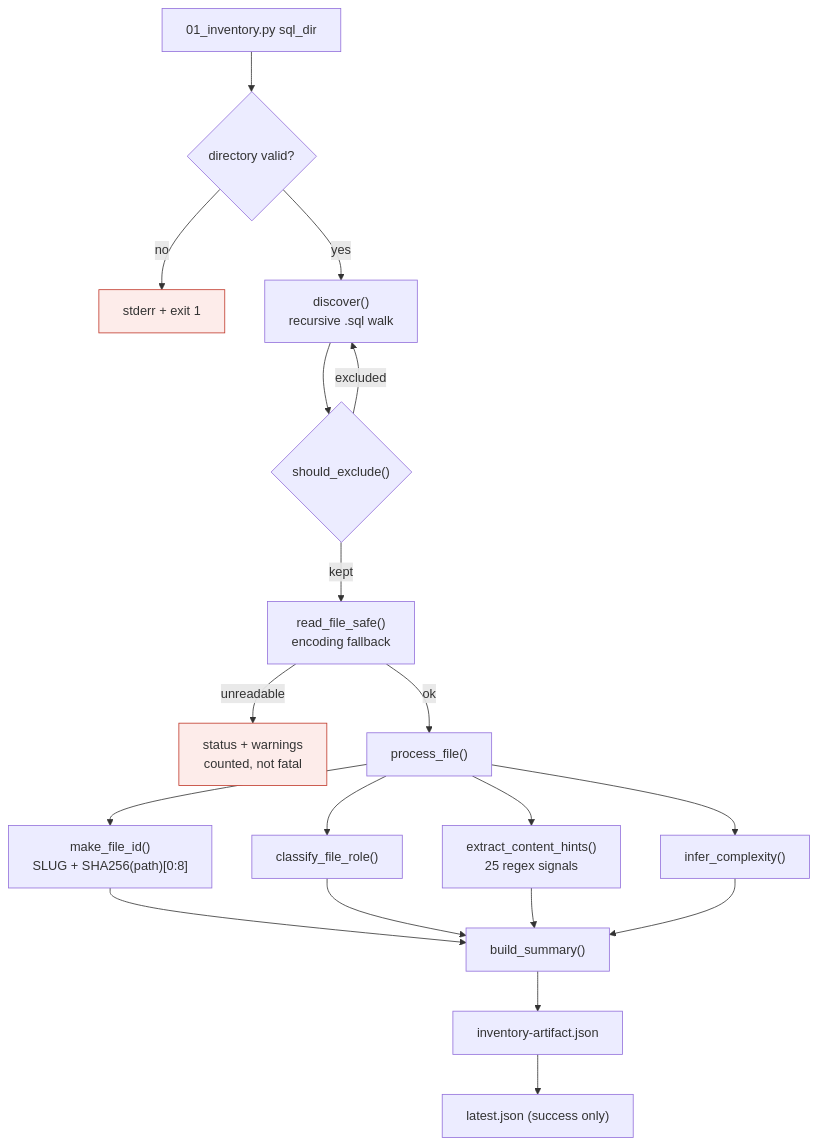
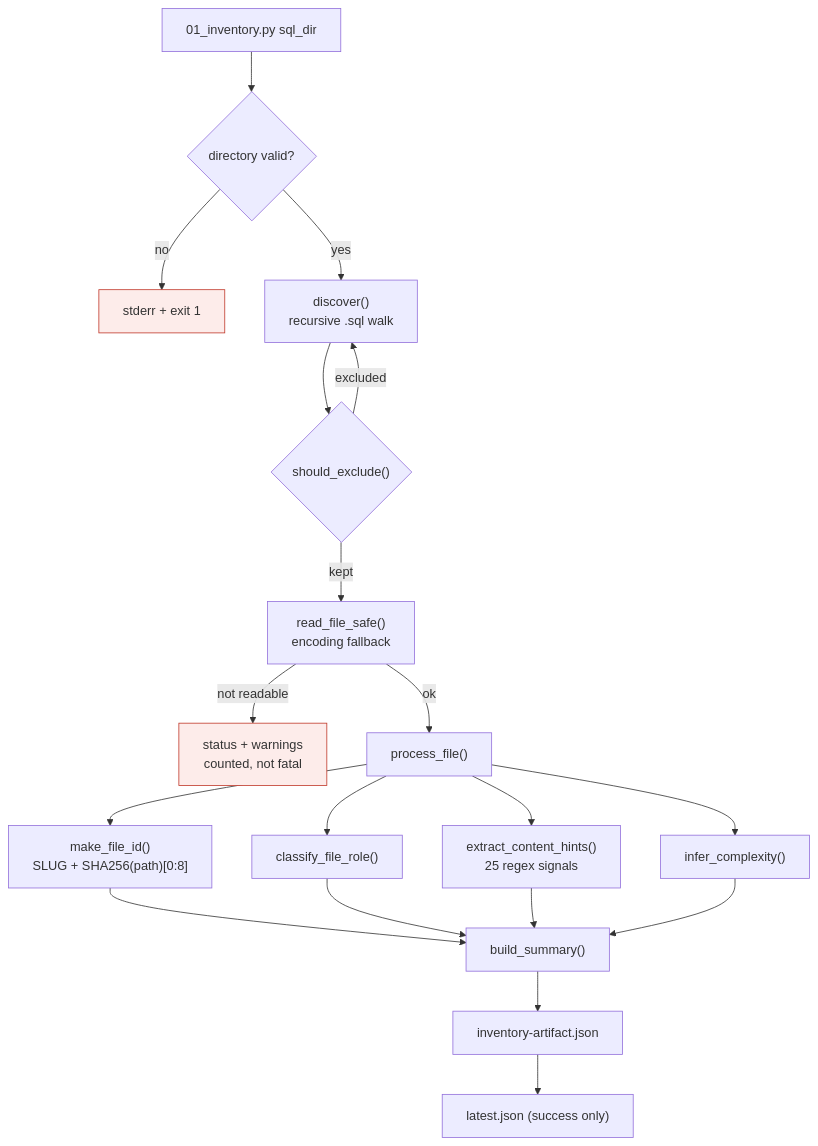
Before and after one commit to KrishnaAnnavaram/statute: the ninth of 17 diagrams in README.md, drawn with Mermaid. The commit also changed other lines of this file and 1 other file, not shown here.

````diff
--- a/README.md
+++ b/README.md
@@ -389,23 +546,23 @@
 ```mermaid
 flowchart TD
     CLI["01_inventory.py sql_dir"] --> VAL{"directory valid?"}
     VAL -->|no| ERR["stderr + exit 1"]
     VAL -->|yes| DISC["discover()<br/>recursive .sql walk"]
     DISC --> SKIP{"should_exclude()"}
     SKIP -->|excluded| DISC
     SKIP -->|kept| READ["read_file_safe()<br/>encoding fallback"]
-    READ -->|unreadable| WARN["status + warnings<br/>counted, not fatal"]
+    READ -->|not readable| WARN["status + warnings<br/>counted, not fatal"]
     READ -->|ok| PROC["process_file()"]
     PROC --> FID["make_file_id()<br/>SLUG + SHA256(path)[0:8]"]
     PROC --> ROLE["classify_file_role()"]
     PROC --> HINTS["extract_content_hints()<br/>25 regex signals"]
     PROC --> CX["infer_complexity()"]
     FID --> SUM["build_summary()"]
     ROLE --> SUM
     HINTS --> SUM
     CX --> SUM
     SUM --> W["inventory-artifact.json"]
     W --> PTR["latest.json (success only)"]
     classDef err fill:#fdecea,stroke:#c0392b
     class ERR,WARN err
 ```
````
